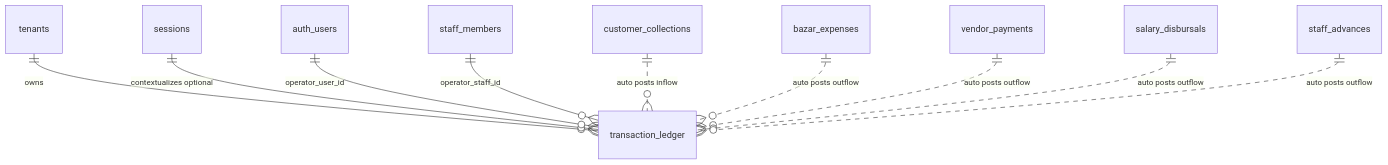
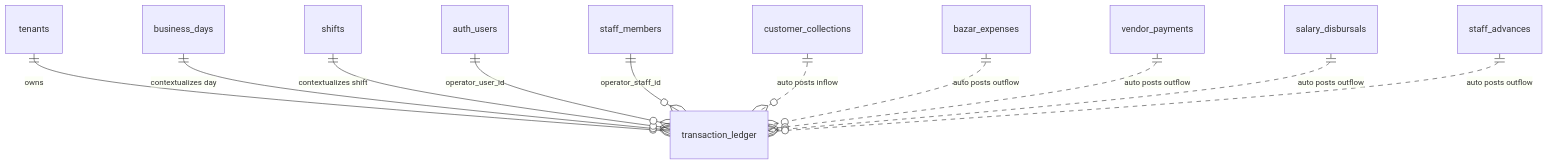
Before and after one commit to marceldavidbaroi/Smart-Hisab: the second of 3 diagrams in docs/transaction_ledger.md, drawn with Mermaid. The commit also changed other lines of this file and 82 other files, not shown here.

````diff
--- a/docs/transaction_ledger.md
+++ b/docs/transaction_ledger.md
@@ -142,13 +142,14 @@
 ```mermaid
 erDiagram
     tenants ||--o{ transaction_ledger : owns
-    sessions ||--o{ transaction_ledger : "contextualizes optional"
+    business_days ||--o{ transaction_ledger : "contextualizes day"
+    shifts ||--o{ transaction_ledger : "contextualizes shift"
     auth_users ||--o{ transaction_ledger : "operator_user_id"
     staff_members ||--o{ transaction_ledger : "operator_staff_id"
 
     customer_collections ||..o{ transaction_ledger : "auto posts inflow"
     bazar_expenses ||..o{ transaction_ledger : "auto posts outflow"
     vendor_payments ||..o{ transaction_ledger : "auto posts outflow"
     salary_disbursals ||..o{ transaction_ledger : "auto posts outflow"
     staff_advances ||..o{ transaction_ledger : "auto posts outflow"
 ```
````
